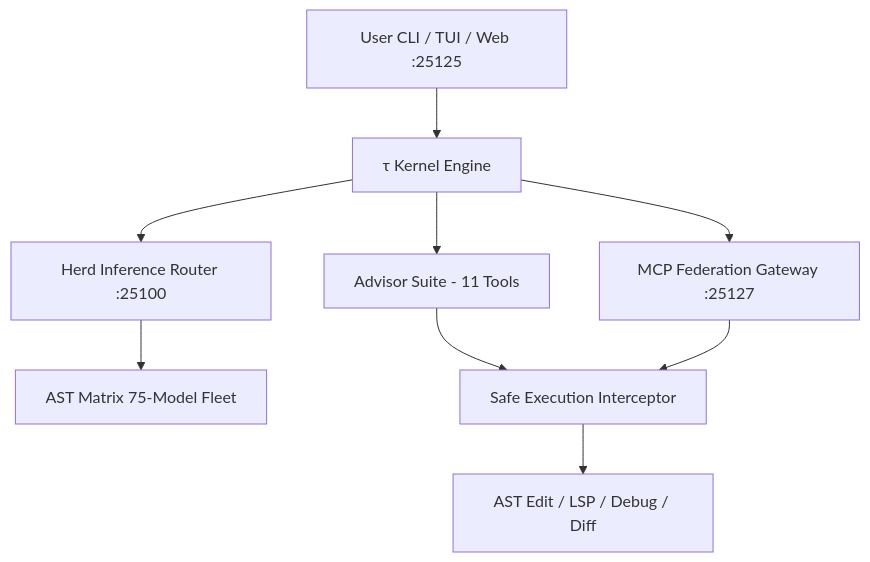
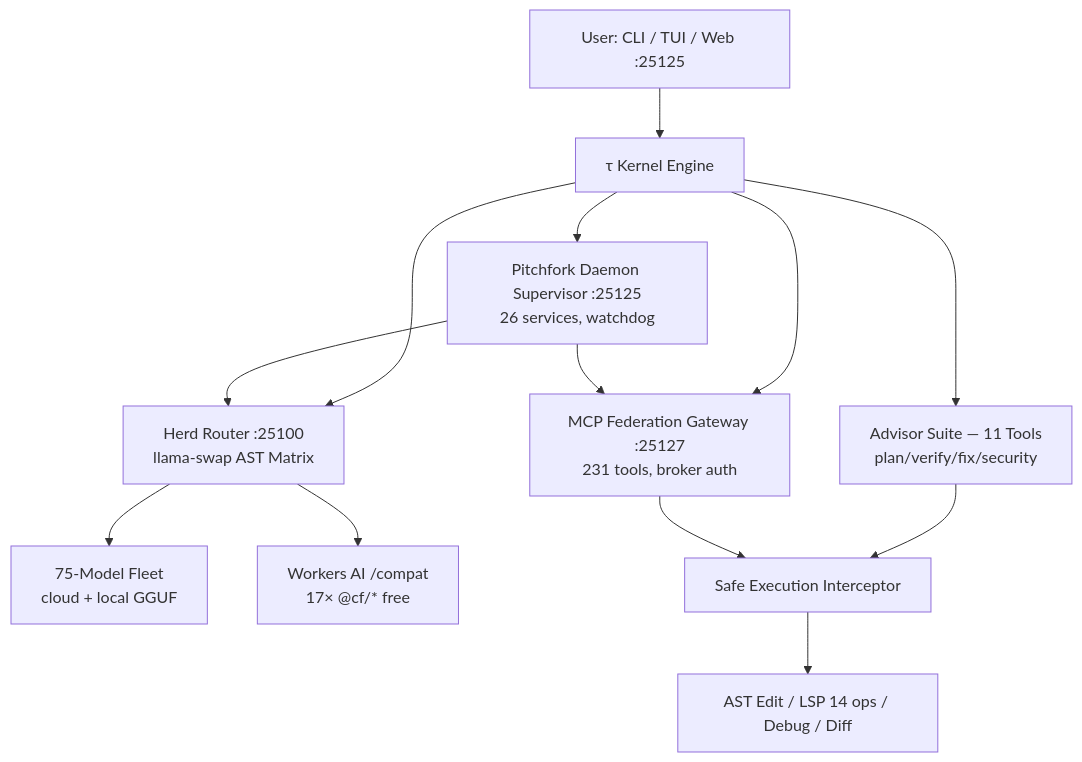
The diagram in README.md (toxicwind/tau), drawn with Mermaid before and after one commit. The commit also changed other lines of this file and 11 other files, not shown here.

````diff
--- a/README.md
+++ b/README.md
@@ -27,11 +35,15 @@
 ```mermaid
 graph TD
-    A[User CLI / TUI / Web :25125] --> B[τ Kernel Engine]
-    B --> C[Advisor Suite - 11 Tools]
-    B --> D[MCP Federation Gateway :25127]
-    B --> E[Herd Inference Router :25100]
-    E --> F[AST Matrix 75-Model Fleet]
-    C --> G[Safe Execution Interceptor]
-    D --> G
-    G --> H[AST Edit / LSP / Debug / Diff]
+    U[User: CLI / TUI / Web :25125] --> T[τ Kernel Engine]
+    T --> A[Advisor Suite — 11 Tools<br/>plan/verify/fix/security]
+    T --> M[MCP Federation Gateway :25127<br/>231 tools, broker auth]
+    T --> H[Herd Router :25100<br/>llama-swap AST Matrix]
+    H --> F[75-Model Fleet<br/>cloud + local GGUF]
+    H --> W[Workers AI /compat<br/>17× @cf/* free]
+    A --> I[Safe Execution Interceptor]
+    M --> I
+    I --> X[AST Edit / LSP 14 ops / Debug / Diff]
+    T --> D[Pitchfork Daemon Supervisor :25125<br/>26 services, watchdog]
+    D --> H
+    D --> M
 ```
````
